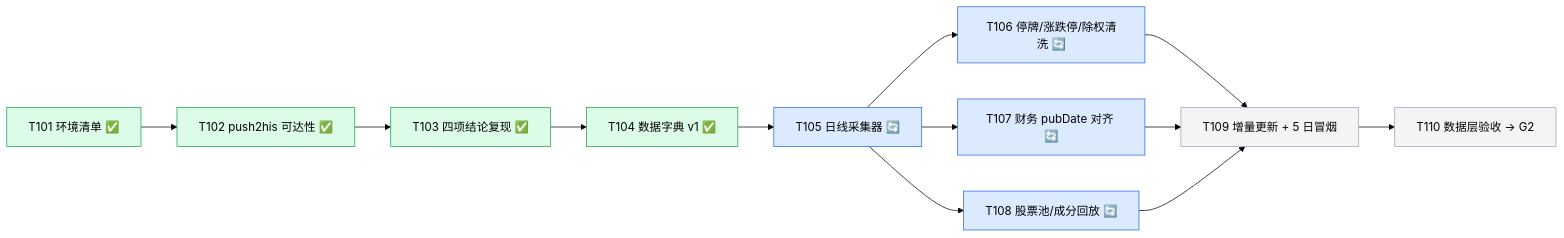
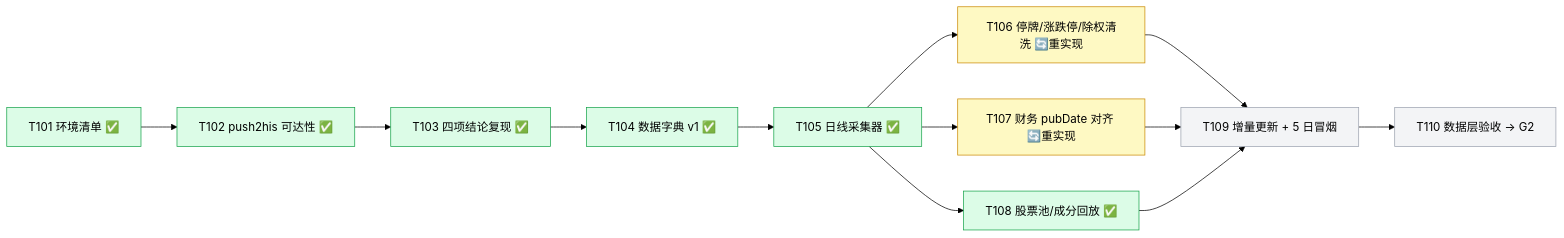
One commit to YZml1507/FinAI2.0 changed the third of 4 diagrams in docs/project_status_flowchart.md. Above: the diagram before and after it, drawn with Mermaid (forest theme). The commit also changed other lines of this file and 3 other files, not shown here.

First line of the commit message:
docs: T105/T108 状态标记 — CLAUDE.md §0/§5/§7 + 流程图(md/html) + spec 快照同步(research-finai 293f30a)

````diff
--- a/docs/project_status_flowchart.md
+++ b/docs/project_status_flowchart.md
@@ -43,24 +43,24 @@
 ```mermaid
 flowchart LR
   T101[T101 环境清单 ✅] --> T102[T102 push2his 可达性 ✅]
   T102 --> T103[T103 四项结论复现 ✅]
   T103 --> T104[T104 数据字典 v1 ✅]
-  T104 --> T105[T105 日线采集器 🔄]
-  T105 --> T106[T106 停牌/涨跌停/除权清洗 🔄]
-  T105 --> T107[T107 财务 pubDate 对齐 🔄]
-  T105 --> T108[T108 股票池/成分回放 🔄]
+  T104 --> T105[T105 日线采集器 ✅]
+  T105 --> T106[T106 停牌/涨跌停/除权清洗 🔄重实现]
+  T105 --> T107[T107 财务 pubDate 对齐 🔄重实现]
+  T105 --> T108[T108 股票池/成分回放 ✅]
   T106 --> T109[T109 增量更新 + 5 日冒烟]
   T107 --> T109
   T108 --> T109
   T109 --> T110[T110 数据层验收 → G2]
   style T101 fill:#dcfce7,stroke:#16a34a
   style T102 fill:#dcfce7,stroke:#16a34a
   style T103 fill:#dcfce7,stroke:#16a34a
   style T104 fill:#dcfce7,stroke:#16a34a
-  style T105 fill:#dbeafe,stroke:#2563eb
-  style T106 fill:#dbeafe,stroke:#2563eb
-  style T107 fill:#dbeafe,stroke:#2563eb
-  style T108 fill:#dbeafe,stroke:#2563eb
+  style T105 fill:#dcfce7,stroke:#16a34a
+  style T106 fill:#fef9c3,stroke:#ca8a04
+  style T107 fill:#fef9c3,stroke:#ca8a04
+  style T108 fill:#dcfce7,stroke:#16a34a
   style T109 fill:#f3f4f6,stroke:#9ca3af
   style T110 fill:#f3f4f6,stroke:#9ca3af
 ```
````
